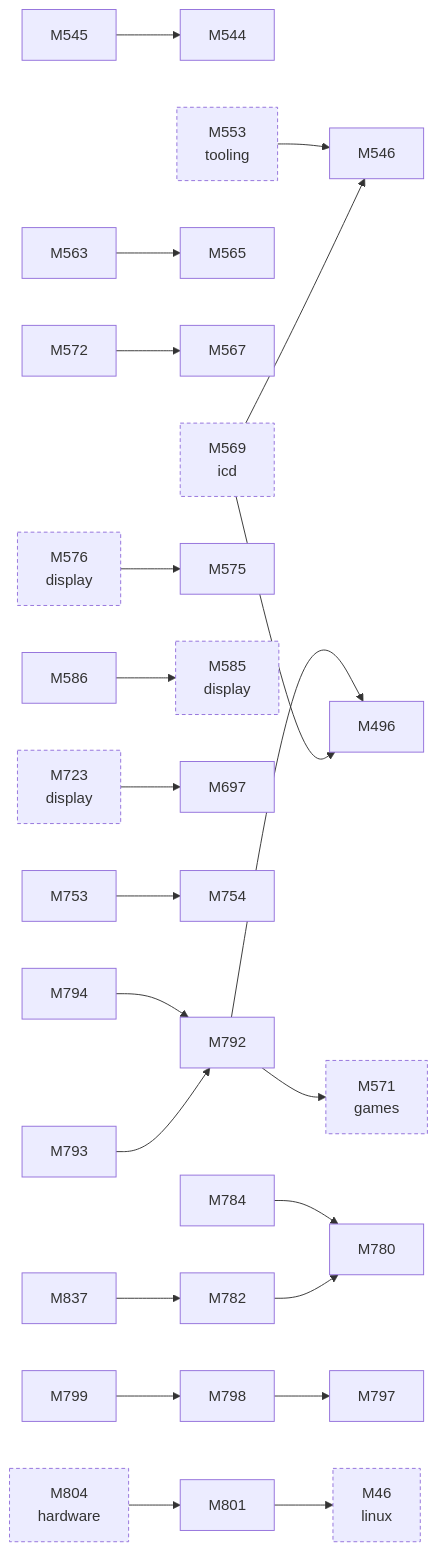
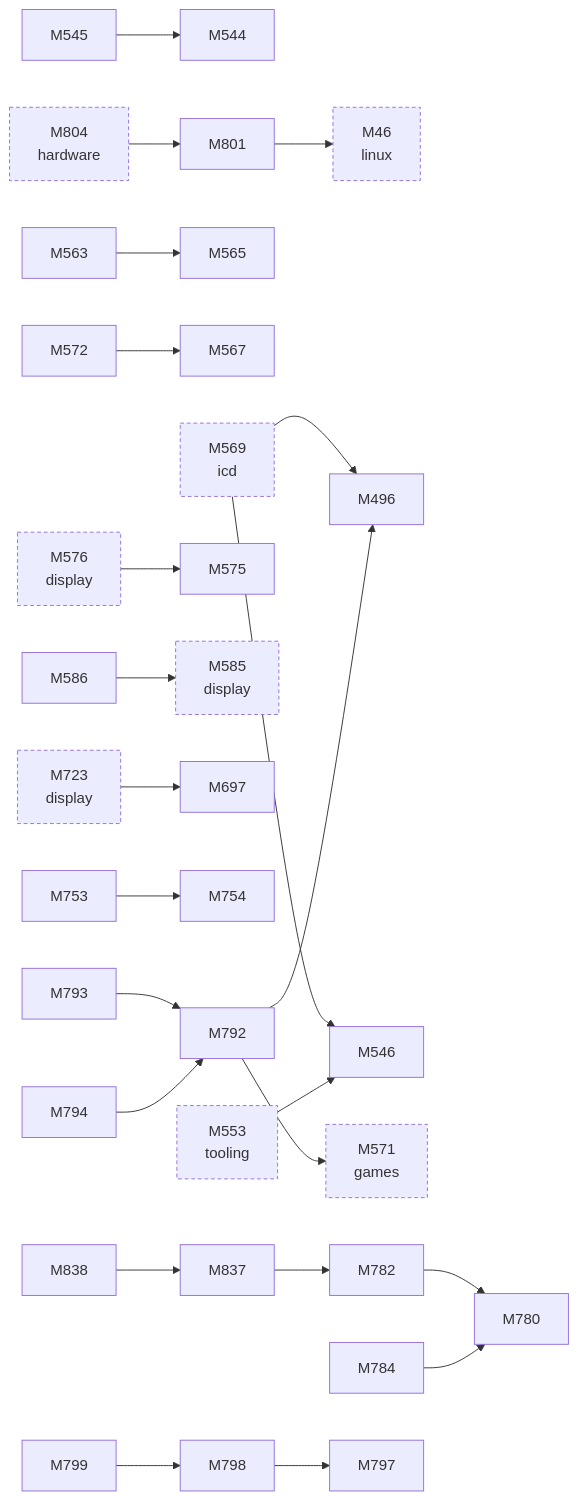
The second of 2 diagrams in docs/facts/graphs/d3d.md (D-Ogi/amdgpu-wddm), drawn with Mermaid before and after one commit. The commit also changed 8 other files, not shown here.

````diff
--- a/docs/facts/graphs/d3d.md
+++ b/docs/facts/graphs/d3d.md
@@ -22,58 +22,60 @@
 ```mermaid
 flowchart LR
   M46["M46<br/>linux"]
   M496["M496"]
   M544["M544"]
   M545["M545"]
   M546["M546"]
   M553["M553<br/>tooling"]
   M563["M563"]
   M565["M565"]
   M567["M567"]
   M569["M569<br/>icd"]
   M571["M571<br/>games"]
   M572["M572"]
   M575["M575"]
   M576["M576<br/>display"]
   M585["M585<br/>display"]
   M586["M586"]
   M697["M697"]
   M723["M723<br/>display"]
   M753["M753"]
   M754["M754"]
   M780["M780"]
   M782["M782"]
   M784["M784"]
   M792["M792"]
   M793["M793"]
   M794["M794"]
   M797["M797"]
   M798["M798"]
   M799["M799"]
   M801["M801"]
   M804["M804<br/>hardware"]
   M837["M837"]
+  M838["M838"]
   M804 --> M801
   M576 --> M575
   M723 --> M697
   M569 --> M496
   M569 --> M546
   M545 --> M544
   M563 --> M565
   M572 --> M567
   M586 --> M585
   M753 --> M754
   M782 --> M780
   M784 --> M780
   M792 --> M496
   M792 --> M571
   M793 --> M792
   M794 --> M792
   M798 --> M797
   M799 --> M798
   M801 --> M46
   M837 --> M782
+  M838 --> M837
   M553 --> M546
   classDef other stroke-dasharray:4 3
   class M46,M553,M569,M571,M576,M585,M723,M804 other
 ```
````
